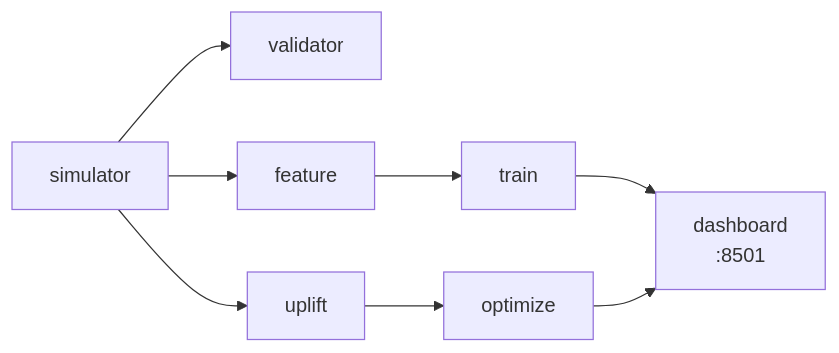
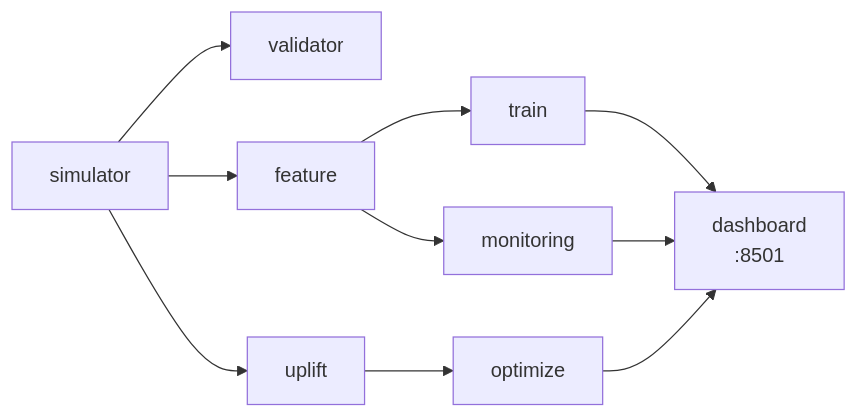
One commit to neibler/customer-churn-retention-system changed the diagram in docs/diagrams/architecture_lr.mmd. Above: the diagram before and after it, drawn with Mermaid. The commit also changed 4 other files, not shown here.

```diff
--- a/docs/diagrams/architecture_lr.mmd
+++ b/docs/diagrams/architecture_lr.mmd
@@ -1,16 +1,19 @@
 flowchart LR
     SIM["simulator"]
     VAL["validator"]
     FEAT["feature"]
     UPLIFT["uplift"]
     TRAIN["train"]
+    MON["monitoring"]
     OPT["optimize"]
     DASH["dashboard\n:8501"]
 
     SIM --> VAL
     SIM --> FEAT
     SIM --> UPLIFT
     FEAT --> TRAIN
+    FEAT --> MON
     UPLIFT --> OPT
     TRAIN --> DASH
     OPT --> DASH
+    MON --> DASH
```
